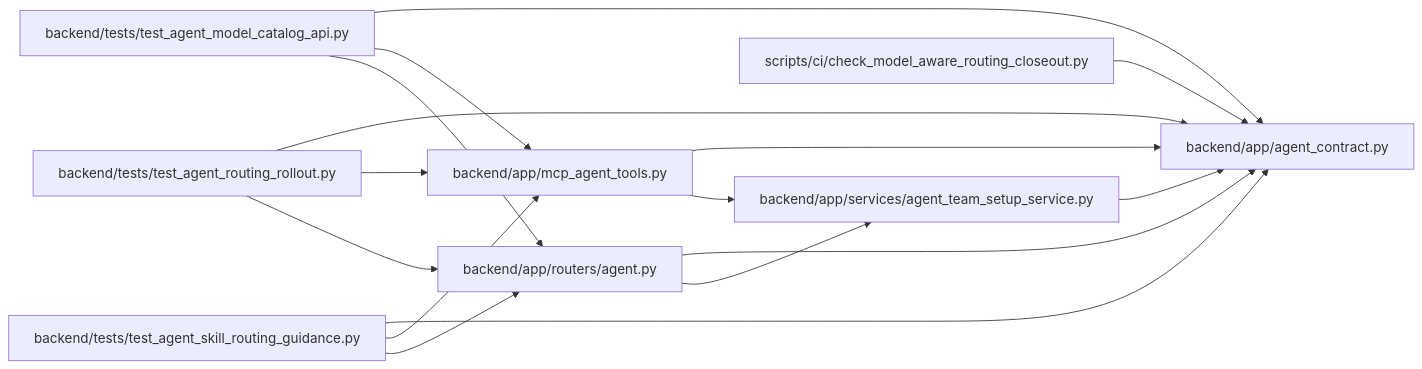
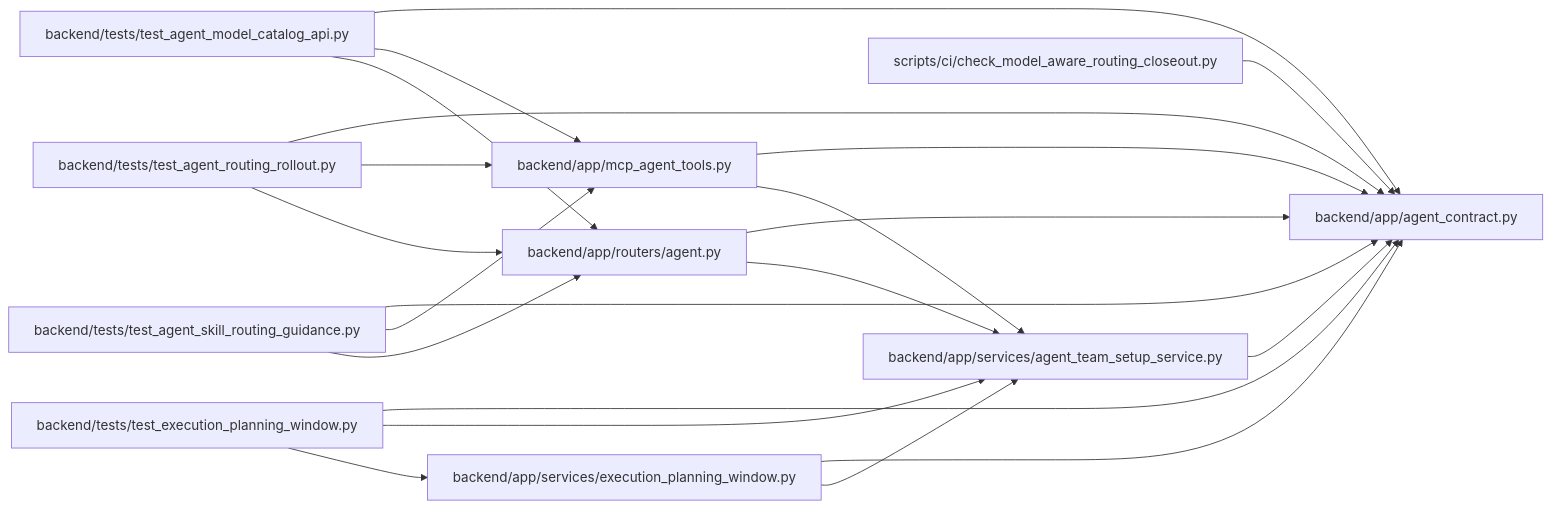
Before and after one commit to Denissvgn/WorkChord: the diagram in docs/llm_wiki/modules/agent_contract.md, drawn with Mermaid. The commit also changed other lines of this file and 868 other files, not shown here.

Commit message:
Document authenticated planning-window recovery and retained worker evidence

````diff
--- a/docs/llm_wiki/modules/agent_contract.md
+++ b/docs/llm_wiki/modules/agent_contract.md
@@ -20,34 +20,43 @@
 ```mermaid
 flowchart LR
     n0["backend/app/agent_contract.py"]
     n1["backend/app/mcp_agent_tools.py"]
     n2["backend/app/routers/agent.py"]
     n3["backend/app/services/agent_team_setup_service.py"]
-    n4["backend/tests/test_agent_model_catalog_api.py"]
-    n5["backend/tests/test_agent_routing_rollout.py"]
-    n6["backend/tests/test_agent_skill_routing_guidance.py"]
-    n7["scripts/ci/check_model_aware_routing_closeout.py"]
+    n4["backend/app/services/execution_planning_window.py"]
+    n5["backend/tests/test_agent_model_catalog_api.py"]
+    n6["backend/tests/test_agent_routing_rollout.py"]
+    n7["backend/tests/test_agent_skill_routing_guidance.py"]
+    n8["backend/tests/test_execution_planning_window.py"]
+    n9["scripts/ci/check_model_aware_routing_closeout.py"]
     n1 --> n0
     n1 --> n3
     n2 --> n0
     n2 --> n3
     n3 --> n0
     n4 --> n0
-    n4 --> n1
-    n4 --> n2
+    n4 --> n3
     n5 --> n0
     n5 --> n1
     n5 --> n2
     n6 --> n0
     n6 --> n1
     n6 --> n2
     n7 --> n0
+    n7 --> n1
+    n7 --> n2
+    n8 --> n0
+    n8 --> n3
+    n8 --> n4
+    n9 --> n0
     click n0 "../modules/agent_contract.md"
     click n1 "../modules/mcp_agent_tools.md"
     click n2 "../modules/routers_agent.md"
     click n3 "../modules/agent_team_setup_service.md"
-    click n4 "../modules/test_agent_model_catalog_api.md"
-    click n5 "../modules/test_agent_routing_rollout.md"
-    click n6 "../modules/test_agent_skill_routing_guidance.md"
-    click n7 "../modules/check_model_aware_routing_closeout.md"
+    click n4 "../modules/execution_planning_window.md"
+    click n5 "../modules/test_agent_model_catalog_api.md"
+    click n6 "../modules/test_agent_routing_rollout.md"
+    click n7 "../modules/test_agent_skill_routing_guidance.md"
+    click n8 "../modules/test_execution_planning_window.md"
+    click n9 "../modules/check_model_aware_routing_closeout.md"
 ```
````
